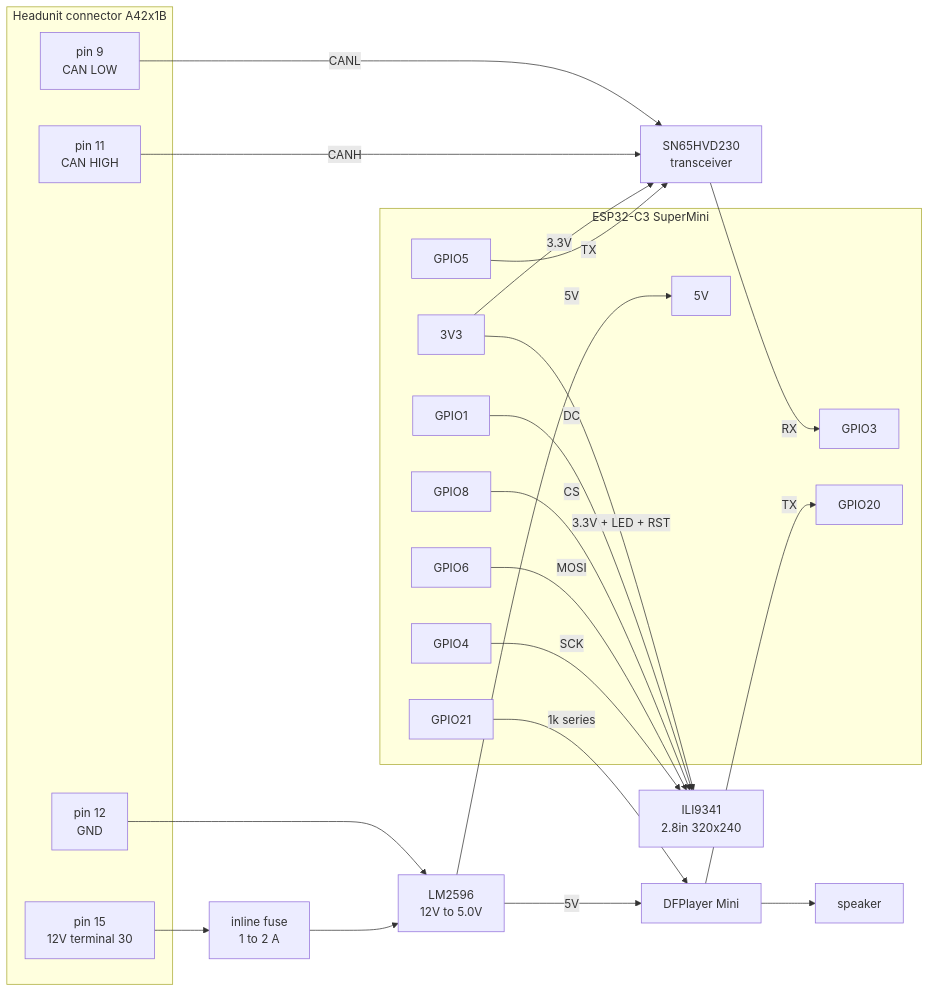
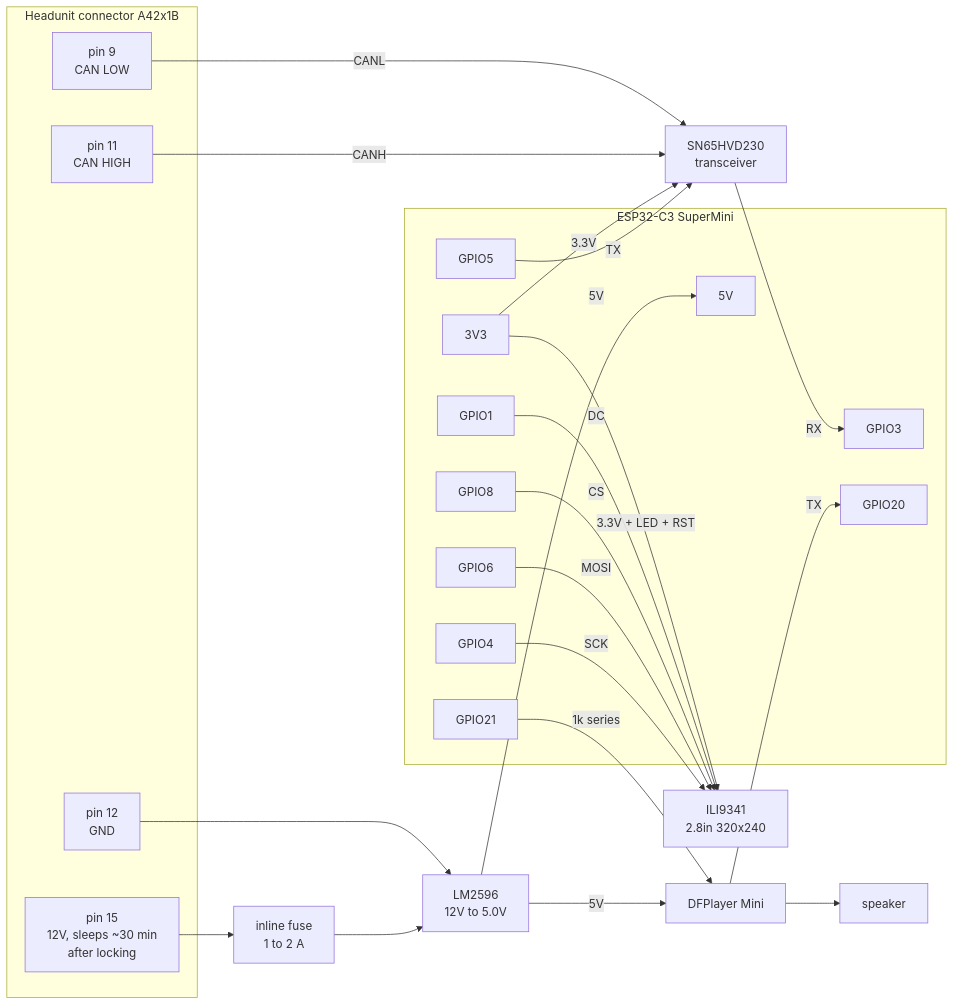
One commit to TZeys/BimmerScreenFS changed the diagram in docs/hardware/schematic.md. Above: the diagram before and after it, drawn with Mermaid. The commit also changed other lines of this file and 4 other files, not shown here.

Commit message:
correct the 12V rail: it sleeps after locking, so there is no standby drain

````diff
--- a/docs/hardware/schematic.md
+++ b/docs/hardware/schematic.md
@@ -9,59 +9,60 @@
 ```mermaid
 flowchart LR
     subgraph CAR["Headunit connector A42x1B"]
         P15["pin 15
-        12V terminal 30"]
+        12V, sleeps ~30 min
+        after locking"]
         P12["pin 12
         GND"]
         P11["pin 11
         CAN HIGH"]
         P9["pin 9
         CAN LOW"]
     end
 
     FUSE["inline fuse
     1 to 2 A"]
     BUCK["LM2596
     12V to 5.0V"]
 
     subgraph ESP["ESP32-C3 SuperMini"]
         V5["5V"]
         V33["3V3"]
         G3["GPIO3"]
         G5["GPIO5"]
         G1["GPIO1"]
         G4["GPIO4"]
         G6["GPIO6"]
         G8["GPIO8"]
         G20["GPIO20"]
         G21["GPIO21"]
     end
 
     CAN["SN65HVD230
     transceiver"]
     TFT["ILI9341
     2.8in 320x240"]
     MP3["DFPlayer Mini"]
     SPK["speaker"]
 
     P15 --> FUSE --> BUCK
     P12 --> BUCK
     BUCK -->|5V| V5
     BUCK -->|5V| MP3
 
     P11 -->|CANH| CAN
     P9  -->|CANL| CAN
     CAN -->|RX| G3
     G5  -->|TX| CAN
     V33 -->|3.3V| CAN
 
     G4 -->|SCK| TFT
     G6 -->|MOSI| TFT
     G8 -->|CS| TFT
     G1 -->|DC| TFT
     V33 -->|3.3V + LED + RST| TFT
 
     G21 -->|1k series| MP3
     MP3 -->|TX| G20
     MP3 --> SPK
 ```
````
